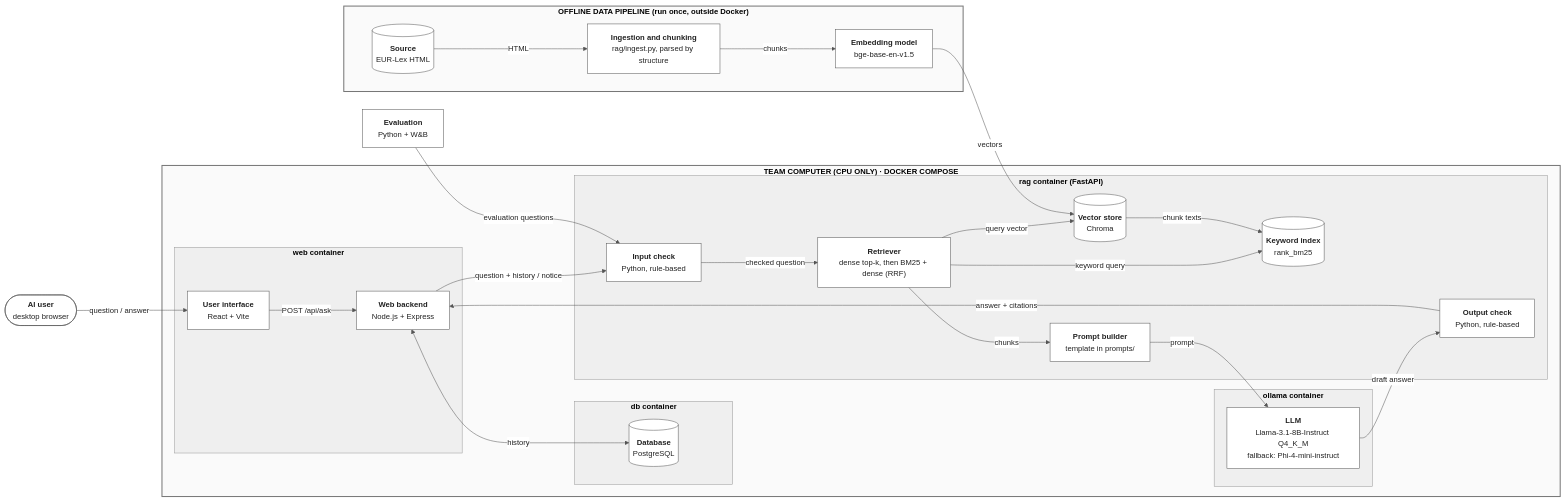
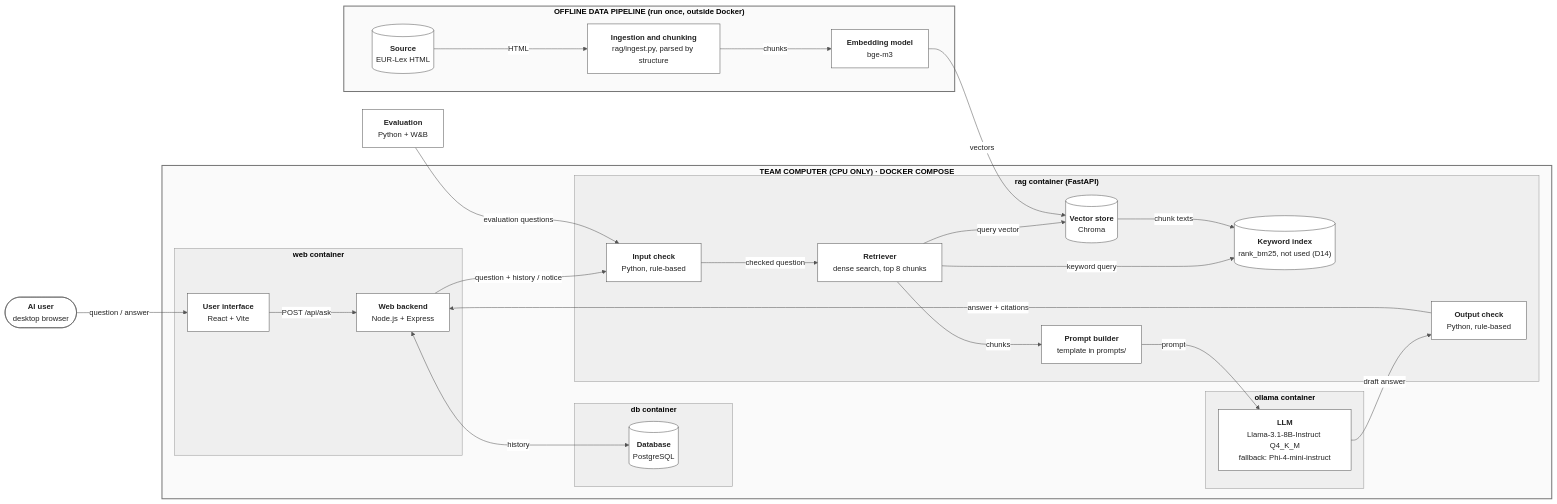
The diagram in Markdown Template/11-system-architecture-design-document.md (ELIZA-DI502/ELIZA_DI502_ORGANIZATION), drawn with Mermaid before and after one commit. The commit also changed other lines of this file and 4 other files, not shown here.

Commit message:
KAN-102: update design document for Sprint 2 (bge-m3, dense top 8)

````diff
--- a/Markdown Template/11-system-architecture-design-document.md
+++ b/Markdown Template/11-system-architecture-design-document.md
@@ -71,58 +71,58 @@
 ```mermaid
 %%{init: {"theme": "base", "themeVariables": {"background": "#ffffff", "primaryColor": "#ffffff", "primaryBorderColor": "#555555", "primaryTextColor": "#222222", "lineColor": "#555555", "clusterBkg": "#f5f5f5", "clusterBorder": "#999999", "edgeLabelBackground": "#ffffff", "fontSize": "15px"}}}%%
 flowchart LR
     user(["<b>AI user</b><br/>desktop browser"])
     eval["<b>Evaluation</b><br/>Python + W&B"]
 
     subgraph gcp["<b>TEAM COMPUTER (CPU ONLY) · DOCKER COMPOSE</b>"]
         subgraph web["<b>web container</b>"]
             ui["<b>User interface</b><br/>React + Vite"]
             backend["<b>Web backend</b><br/>Node.js + Express"]
         end
         subgraph dbc["<b>db container</b>"]
             db[("<b>Database</b><br/>PostgreSQL")]
         end
         subgraph rag["<b>rag container (FastAPI)</b>"]
             inchk["<b>Input check</b><br/>Python, rule-based"]
-            retr["<b>Retriever</b><br/>dense top-k, then BM25 + dense (RRF)"]
-            kw[("<b>Keyword index</b><br/>rank_bm25")]
+            retr["<b>Retriever</b><br/>dense search, top 8 chunks"]
+            kw[("<b>Keyword index</b><br/>rank_bm25, not used (D14)")]
             vs[("<b>Vector store</b><br/>Chroma")]
             pb["<b>Prompt builder</b><br/>template in prompts/"]
             outchk["<b>Output check</b><br/>Python, rule-based"]
         end
         subgraph ollama["<b>ollama container</b>"]
             llm["<b>LLM</b><br/>Llama-3.1-8B-Instruct Q4_K_M<br/>fallback: Phi-4-mini-instruct"]
         end
     end
 
     subgraph offline["<b>OFFLINE DATA PIPELINE (run once, outside Docker)</b>"]
         src[("<b>Source</b><br/>EUR-Lex HTML")]
         ingest["<b>Ingestion and chunking</b><br/>rag/ingest.py, parsed by structure"]
-        emb["<b>Embedding model</b><br/>bge-base-en-v1.5"]
+        emb["<b>Embedding model</b><br/>bge-m3"]
     end
 
     user -->|question / answer| ui
     ui -->|POST /api/ask| backend
     backend <-->|history| db
     backend -->|question + history / notice| inchk
     eval -->|evaluation questions| inchk
     inchk -->|checked question| retr
     retr -->|query vector| vs
     retr -->|keyword query| kw
     vs -->|chunk texts| kw
     retr -->|chunks| pb
     pb -->|prompt| llm
     llm -->|draft answer| outchk
     outchk -->|answer + citations| backend
     src -->|HTML| ingest
     ingest -->|chunks| emb
     emb -->|vectors| vs
 
     classDef default fill:#ffffff,stroke:#555555,color:#222222
     style gcp fill:#fafafa,stroke:#777777,stroke-width:2px
     style offline fill:#fafafa,stroke:#777777,stroke-width:2px
     style web fill:#efefef,stroke:#999999
     style dbc fill:#efefef,stroke:#999999
     style rag fill:#efefef,stroke:#999999
     style ollama fill:#efefef,stroke:#999999
 ```
````
